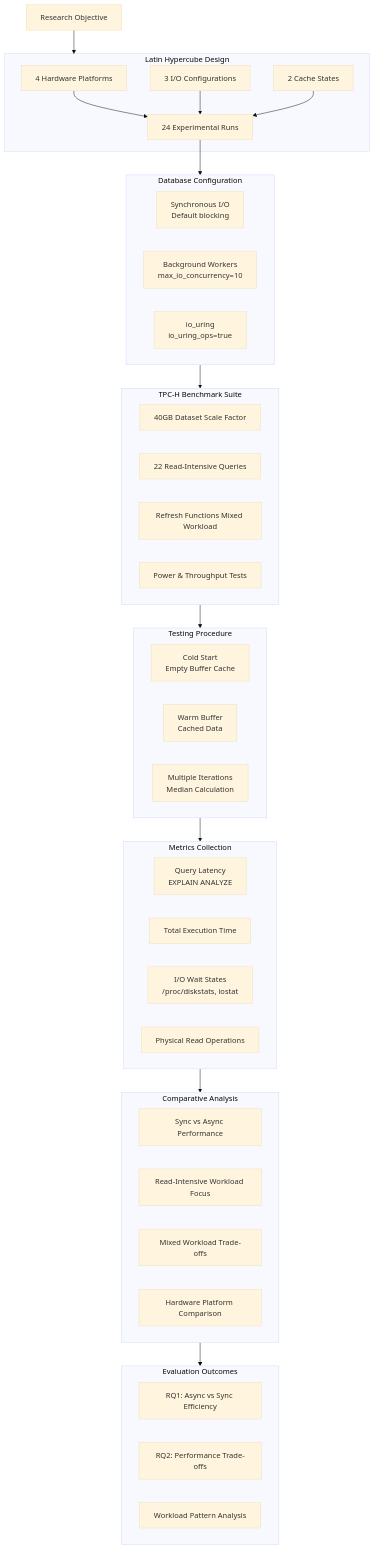
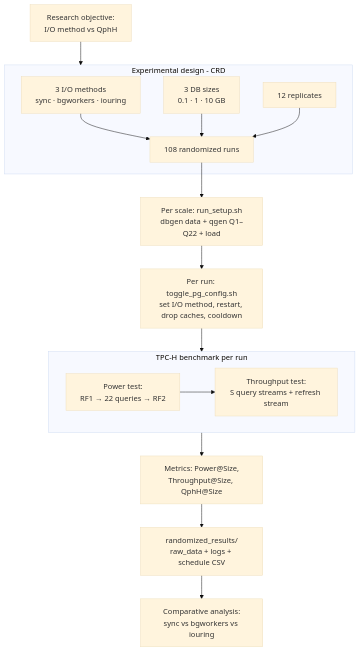
One commit to archibald-carrion/analysis_asynchronous_db_read_operation changed the diagram in README.md. Above: the diagram before and after it, drawn with Mermaid (base theme). The commit also changed other lines of this file and 10 other files, not shown here.

Commit message:
FIX: Read better the clauses of the tpc-h of chapter 5.

````diff
--- a/README.md
+++ b/README.md
@@ -1,62 +47,25 @@
 ```mermaid
 flowchart TD
-    A[Research Objective] --> B[Experimental Design]
-    
-    subgraph B[Latin Hypercube Design]
-        B1[4 Hardware Platforms]
-        B2[3 I/O Configurations]
-        B3[2 Cache States]
-        B1 & B2 & B3 --> B4[24 Experimental Runs]
+    A[Research objective:<br/>I/O method vs QphH] --> B
+
+    subgraph B[Experimental design - CRD]
+        B1[3 I/O methods<br/>sync · bgworkers · iouring]
+        B2[3 DB sizes<br/>0.1 · 1 · 10 GB]
+        B3[12 replicates]
+        B1 & B2 & B3 --> B4[108 randomized runs]
     end
-    
-    B4 --> C[PostgreSQL 18 Setup]
-    
-    subgraph C[Database Configuration]
-        C1[Synchronous I/O<br/>Default blocking]
-        C2[Background Workers<br/>max_io_concurrency=10]
-        C3[io_uring<br/>io_uring_ops=true]
+
+    B4 --> C[Per scale: run_setup.sh<br/>dbgen data + qgen Q1–Q22 + load]
+    C --> D[Per run: toggle_pg_config.sh<br/>set I/O method, restart, drop caches, cooldown]
+
+    D --> E[run_tests.sh benchmark]
+    subgraph E[TPC-H benchmark per run]
+        E1[Power test:<br/>RF1 → 22 queries → RF2]
+        E2[Throughput test:<br/>S query streams + refresh stream]
+        E1 --> E2
     end
-    
-    C --> D[Benchmark Implementation]
-    
-    subgraph D[TPC-H Benchmark Suite]
-        D1[40GB Dataset Scale Factor]
-        D2[22 Read-Intensive Queries]
-        D3[Refresh Functions Mixed Workload]
-        D4[Power & Throughput Tests]
-    end
-    
-    D --> E[Execution Protocol]
-    
-    subgraph E[Testing Procedure]
-        E1[Cold Start<br/>Empty Buffer Cache]
-        E2[Warm Buffer<br/>Cached Data]
-        E3[Multiple Iterations<br/>Median Calculation]
-    end
-    
-    E --> F[Data Collection]
-    
-    subgraph F[Metrics Collection]
-        F1[Query Latency<br/>EXPLAIN ANALYZE]
-        F2[Total Execution Time]
-        F3[I/O Wait States<br/>/proc/diskstats, iostat]
-        F4[Physical Read Operations]
-    end
-    
-    F --> G[Performance Analysis]
-    
-    subgraph G[Comparative Analysis]
-        G1[Sync vs Async Performance]
-        G2[Read-Intensive Workload Focus]
-        G3[Mixed Workload Trade-offs]
-        G4[Hardware Platform Comparison]
-    end
-    
-    G --> H[Research Questions Answered]
-    
-    subgraph H[Evaluation Outcomes]
-        H1[RQ1: Async vs Sync Efficiency]
-        H2[RQ2: Performance Trade-offs]
-        H3[Workload Pattern Analysis]
-    end
+
+    E --> F[Metrics: Power@Size,<br/>Throughput@Size, QphH@Size]
+    F --> G[randomized_results/<br/>raw_data + logs + schedule CSV]
+    G --> H[Comparative analysis:<br/>sync vs bgworkers vs iouring]
 ```
````
